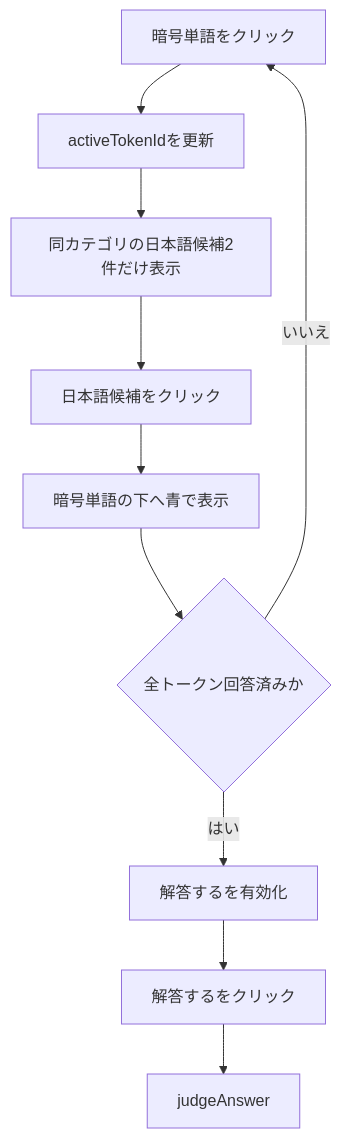
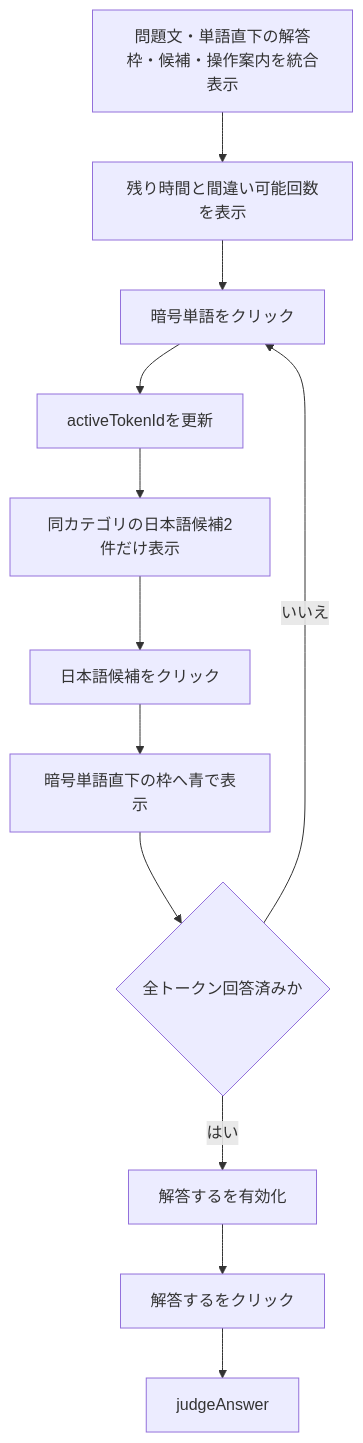
The eighth of 13 diagrams in docs/project-flow.md (lycanthr0pes/language-deciphering-game), drawn with Mermaid before and after one commit. The commit also changed other lines of this file and 40 other files, not shown here.

````diff
--- a/docs/project-flow.md
+++ b/docs/project-flow.md
@@ -174,12 +179,14 @@
 ```mermaid
 flowchart TD
-    A[暗号単語をクリック] --> B[activeTokenIdを更新]
-    B --> C[同カテゴリの日本語候補2件だけ表示]
-    C --> D[日本語候補をクリック]
-    D --> E[暗号単語の下へ青で表示]
-    E --> F{全トークン回答済みか}
-    F -->|いいえ| A
-    F -->|はい| G[解答するを有効化]
-    G --> H[解答するをクリック]
-    H --> I[judgeAnswer]
+    A[問題文・単語直下の解答枠・候補・操作案内を統合表示] --> B[残り時間と間違い可能回数を表示]
+    B --> C[暗号単語をクリック]
+    C --> D[activeTokenIdを更新]
+    D --> E[同カテゴリの日本語候補2件だけ表示]
+    E --> F[日本語候補をクリック]
+    F --> G[暗号単語直下の枠へ青で表示]
+    G --> H{全トークン回答済みか}
+    H -->|いいえ| C
+    H -->|はい| I[解答するを有効化]
+    I --> J[解答するをクリック]
+    J --> K[judgeAnswer]
 ```
````
